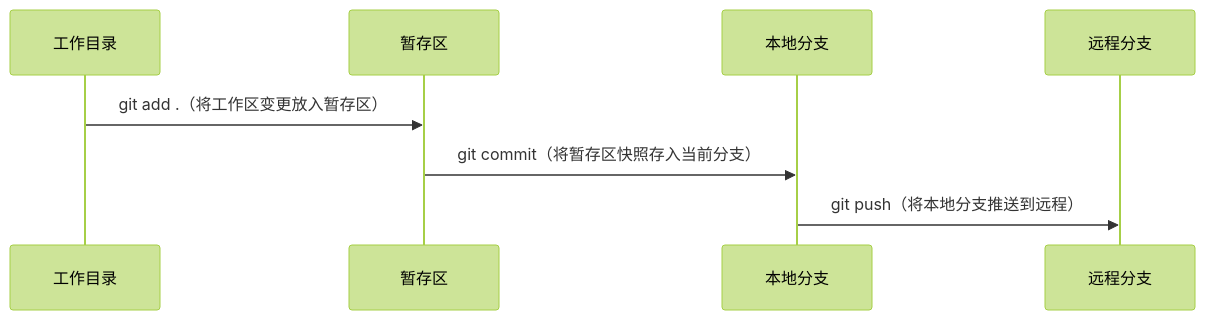
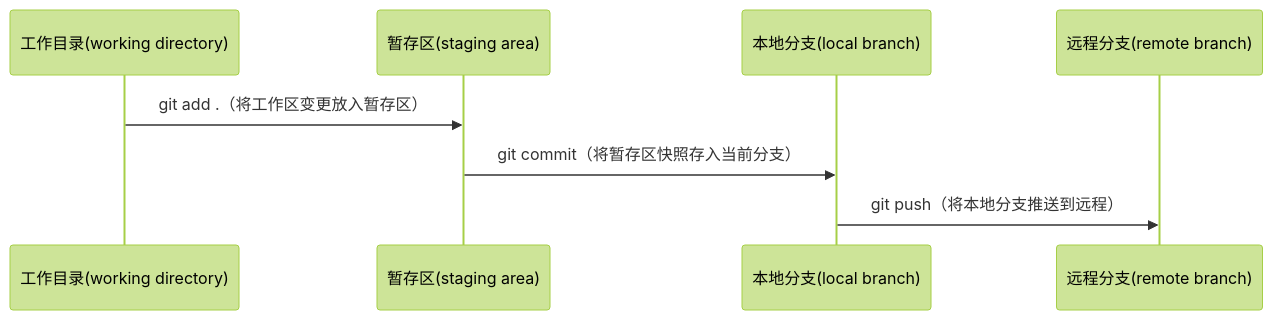
One commit to marina-dang/marina changed the diagram in git-push-workflow.md. Above: the diagram before and after it, drawn with Mermaid (forest theme).

````diff
--- a/git-push-workflow.md
+++ b/git-push-workflow.md
@@ -18,11 +18,11 @@
 ```mermaid
 sequenceDiagram
-    participant W as 工作目录
-    participant S as 暂存区
-    participant L as 本地分支
-    participant R as 远程分支
+    participant W as 工作目录(working directory)
+    participant S as 暂存区(staging area)
+    participant L as 本地分支(local branch)
+    participant R as 远程分支(remote branch)
     
     W->>S: git add .（将工作区变更放入暂存区）
     S->>L: git commit（将暂存区快照存入当前分支）
     L->>R: git push（将本地分支推送到远程）
 ```
````
